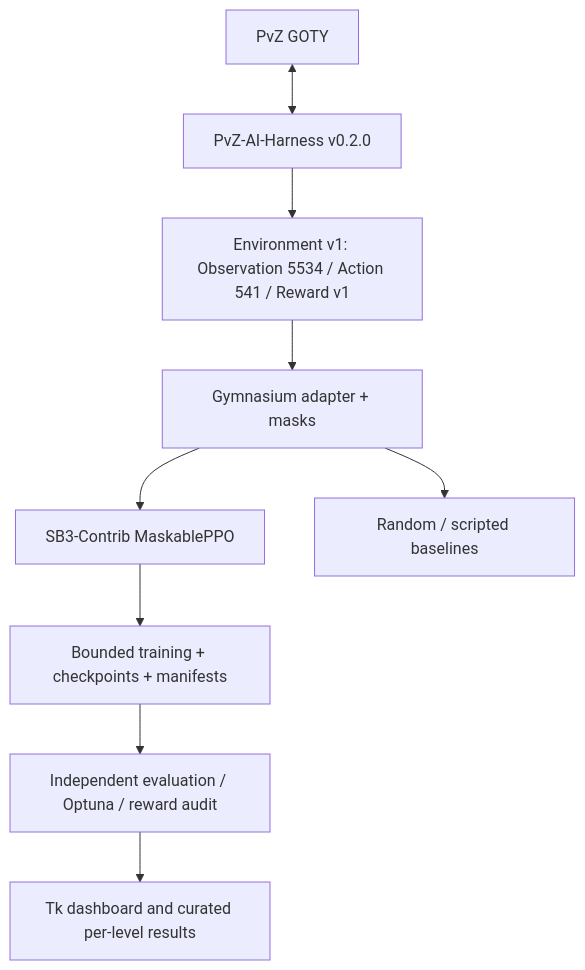
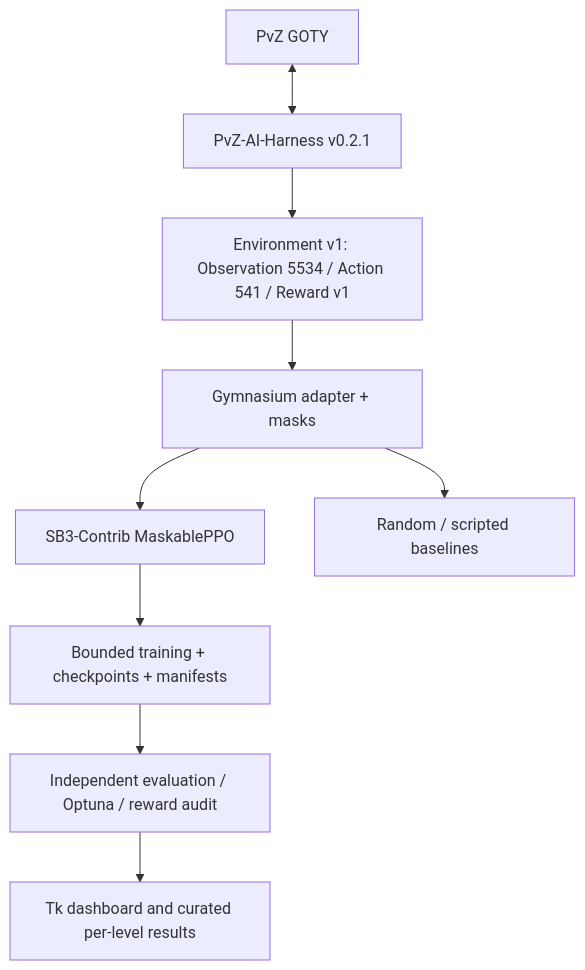
One commit to b3d012/PvZ-DeepLearning changed the diagram in README.md. Above: the diagram before and after it, drawn with Mermaid. The commit also changed other lines of this file and 5 other files, not shown here.

````diff
--- a/README.md
+++ b/README.md
@@ -10,11 +10,11 @@
 ```mermaid
 flowchart TD
-    G[PvZ GOTY] <--> H[PvZ-AI-Harness v0.2.0]
+    G[PvZ GOTY] <--> H[PvZ-AI-Harness v0.2.1]
     H --> E[Environment v1: Observation 5534 / Action 541 / Reward v1]
     E --> A[Gymnasium adapter + masks]
     A --> P[SB3-Contrib MaskablePPO]
     A --> B[Random / scripted baselines]
     P --> T[Bounded training + checkpoints + manifests]
     T --> V[Independent evaluation / Optuna / reward audit]
     V --> D[Tk dashboard and curated per-level results]
 ```
````
